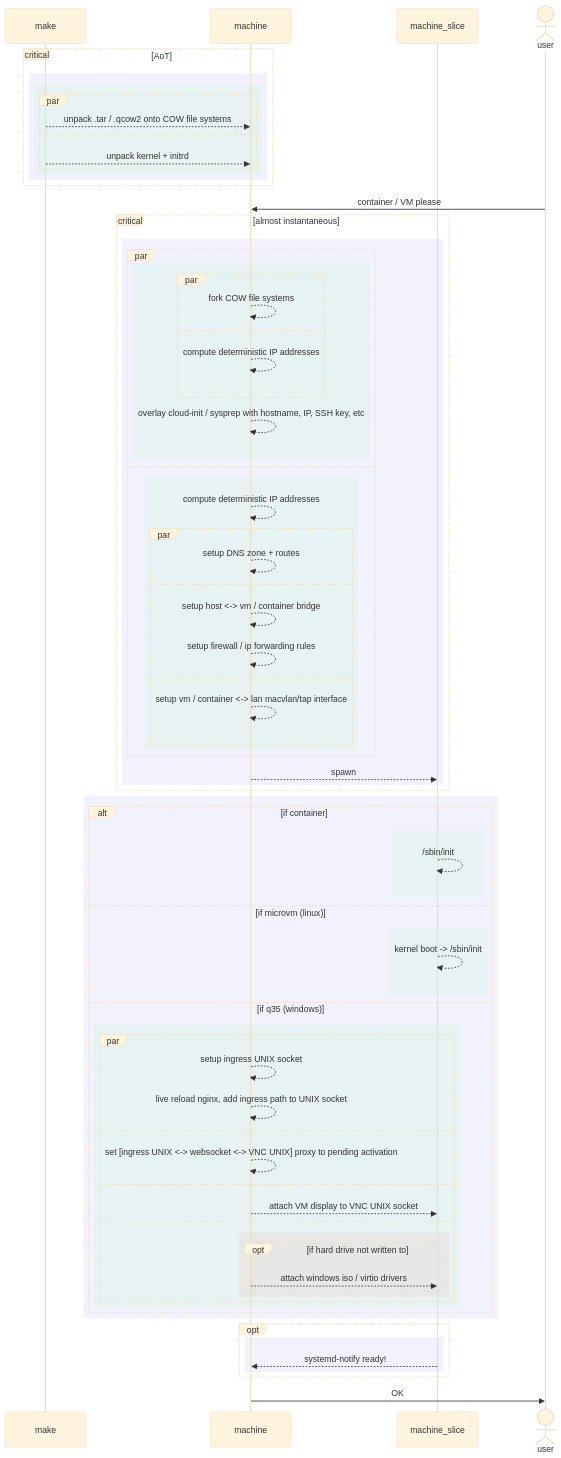
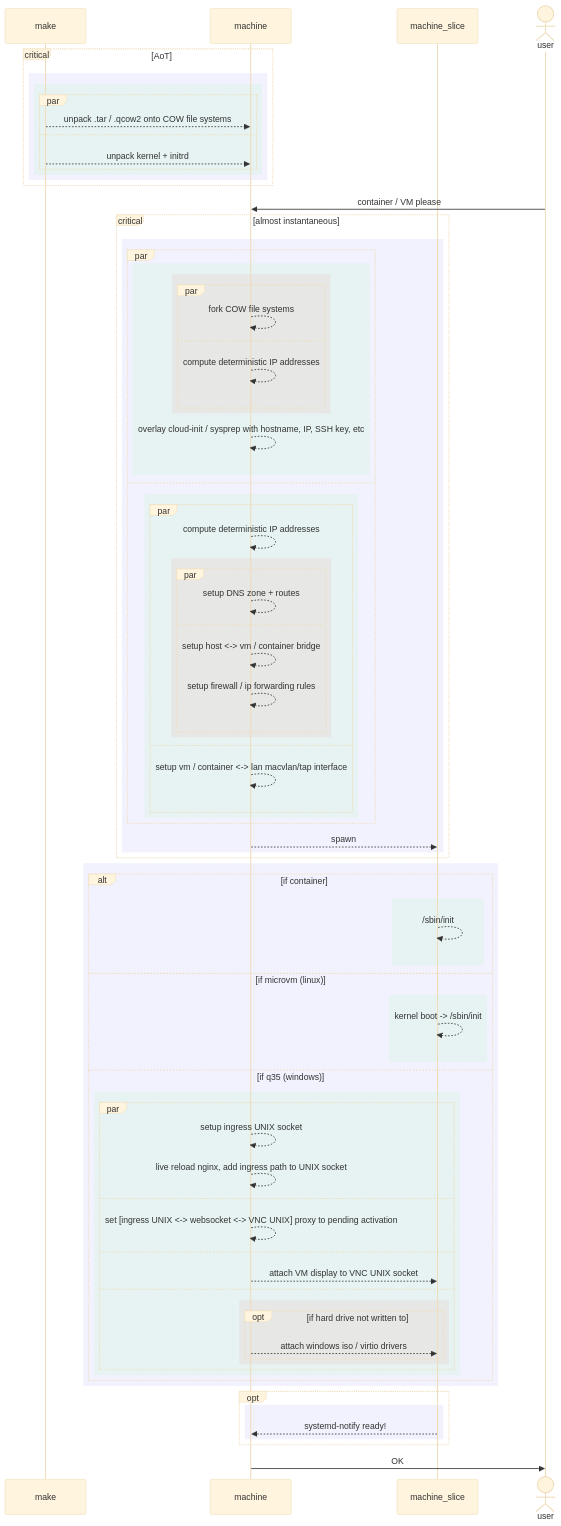
Before and after one commit to ms-jpq/lab: the first of 2 diagrams in README.md, drawn with Mermaid (base theme). The commit also changed other lines of this file, not shown here.

```diff
--- a/README.md
+++ b/README.md
@@ -57,21 +57,27 @@
     rect rgba(0, 0, 255, 0.05)
       par
         rect rgba(0, 255, 0, 0.05)
-          par
-            machine-->>machine : fork COW file systems
-          and
-            machine-->>machine : compute deterministic IP addresses
+          rect rgba(255, 0, 0, 0.05)
+            par
+              machine-->>machine : fork COW file systems
+            and
+              machine-->>machine : compute deterministic IP addresses
+            end
           end
           machine-->>machine : overlay cloud-init / sysprep with hostname, IP, SSH key, etc
         end
       and
         rect rgba(0, 255, 0, 0.05)
-          machine-->>machine : compute deterministic IP addresses
           par
-            machine-->>machine : setup DNS zone + routes
-          and
-            machine-->>machine : setup host <-> vm / container bridge
-            machine-->>machine : setup firewall / ip forwarding rules
+            machine-->>machine : compute deterministic IP addresses
+            rect rgba(255, 0, 0, 0.05)
+              par
+                machine-->>machine : setup DNS zone + routes
+              and
+                machine-->>machine : setup host <-> vm / container bridge
+                machine-->>machine : setup firewall / ip forwarding rules
+              end
+            end
           and
             machine-->>machine : setup vm / container <-> lan macvlan/tap interface
           end
```
